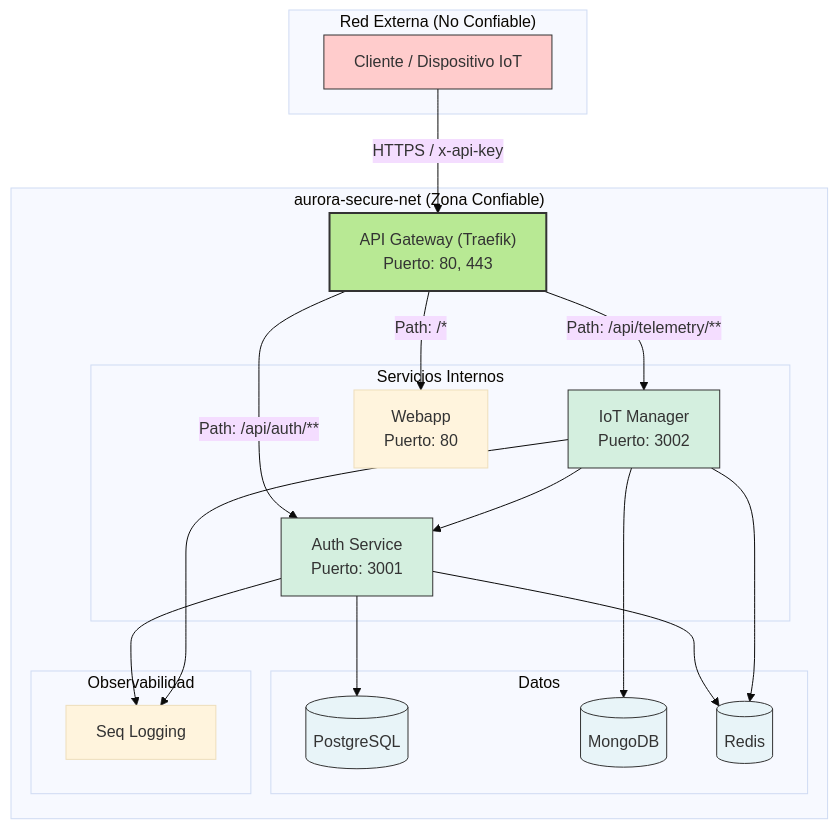
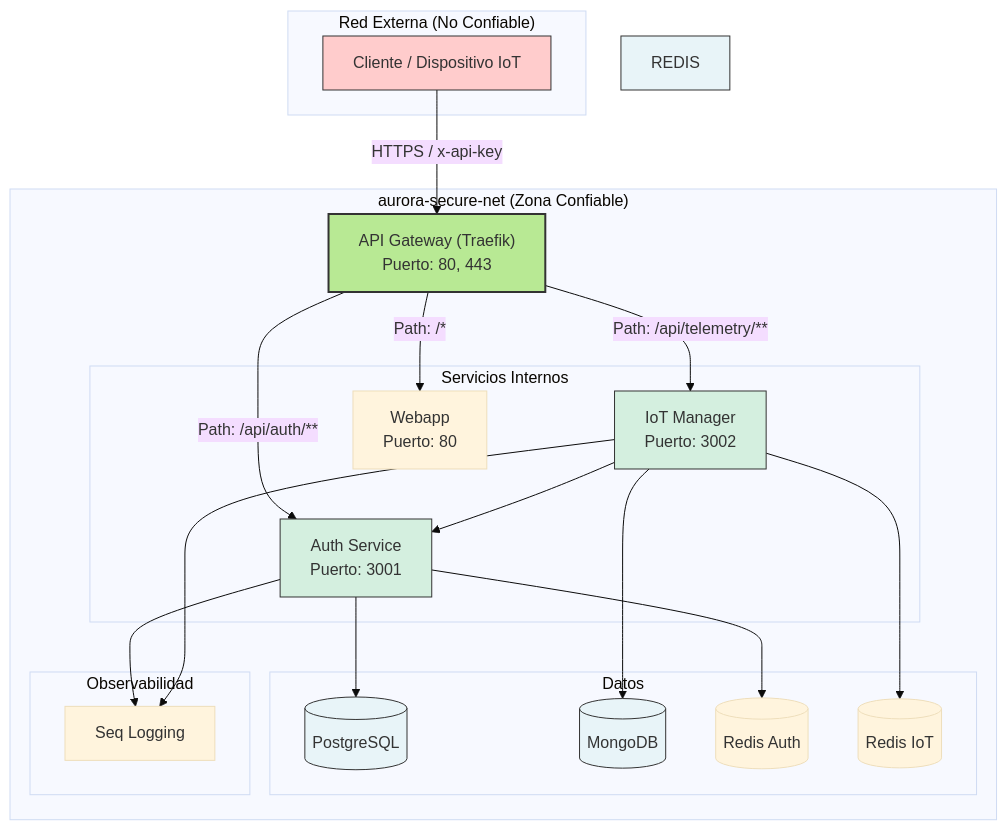
The first of 9 diagrams in docs/PATTERNS_AND_SECURITY.md (eromeroc97/TFG_AURORA_Blockchain), drawn with Mermaid (base theme) before and after one commit. The commit also changed other lines of this file and 3 other files, not shown here.

First line of the commit message:
Split Redis into auth and IoT instances in docs

````diff
--- a/docs/PATTERNS_AND_SECURITY.md
+++ b/docs/PATTERNS_AND_SECURITY.md
@@ -16,49 +16,50 @@
 ```mermaid
 
 flowchart TB
     subgraph "Red Externa (No Confiable)"
         CLIENTE[Cliente / Dispositivo IoT]
     end
 
     subgraph "aurora-secure-net (Zona Confiable)"
         GATEWAY["API Gateway (Traefik)<br/>Puerto: 80, 443"]
         
         subgraph "Servicios Internos"
             AUTH[Auth Service<br/>Puerto: 3001]
             IOT[IoT Manager<br/>Puerto: 3002]
             WEBAPP[Webapp<br/>Puerto: 80]
         end
         
         subgraph "Datos"
             DB[(PostgreSQL)]
             MONGO[(MongoDB)]
-            REDIS[(Redis)]
+            REDIS_AUTH[(Redis Auth)]
+            REDIS_IOT[(Redis IoT)]
         end
         
         subgraph "Observabilidad"
             SEQ[Seq Logging]
         end
     end
 
     CLIENTE -->|HTTPS / x-api-key| GATEWAY
     
     GATEWAY -->|Path: /api/auth/**| AUTH
     GATEWAY -->|Path: /api/telemetry/**| IOT
     GATEWAY -->|Path: /*| WEBAPP
     
     AUTH --> DB
-    AUTH --> REDIS
+    AUTH --> REDIS_AUTH
     AUTH --> SEQ
     IOT --> MONGO
-    IOT --> REDIS
+    IOT --> REDIS_IOT
     IOT --> AUTH
     IOT --> SEQ
     
     style GATEWAY fill:#b8e994,stroke:#333,stroke-width:2px
     style CLIENTE fill:#ffcccc,stroke:#333,stroke-width:1px
     style AUTH fill:#d4efdf,stroke:#333
     style IOT fill:#d4efdf,stroke:#333
     style DB fill:#e8f4f8,stroke:#333
     style MONGO fill:#e8f4f8,stroke:#333
     style REDIS fill:#e8f4f8,stroke:#333
 ```
````
